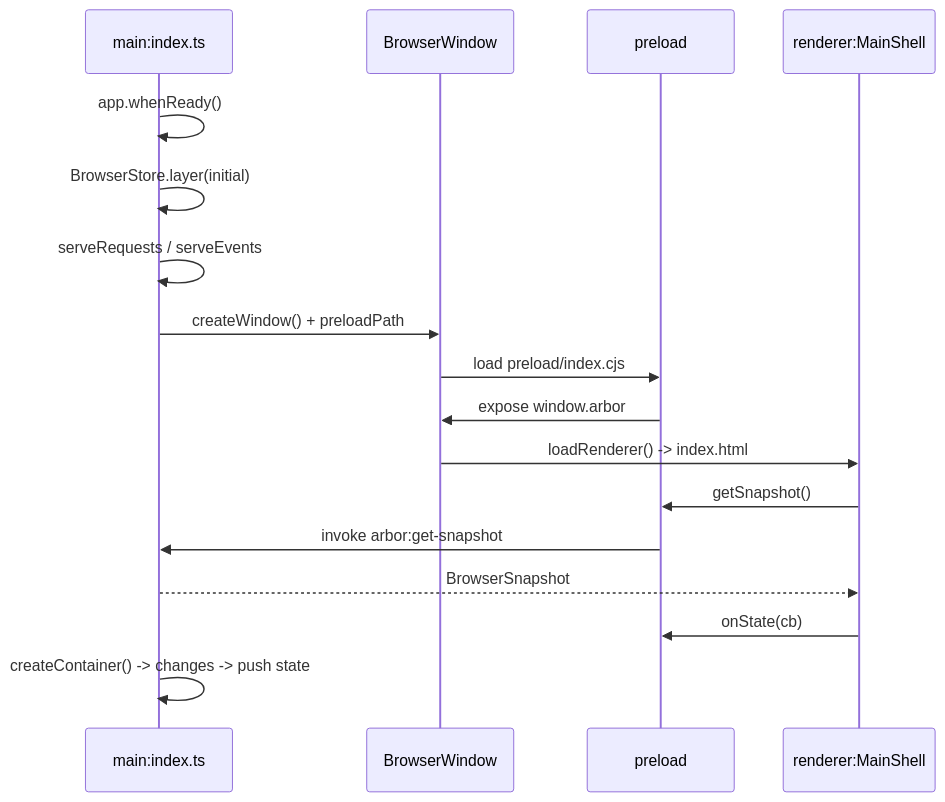
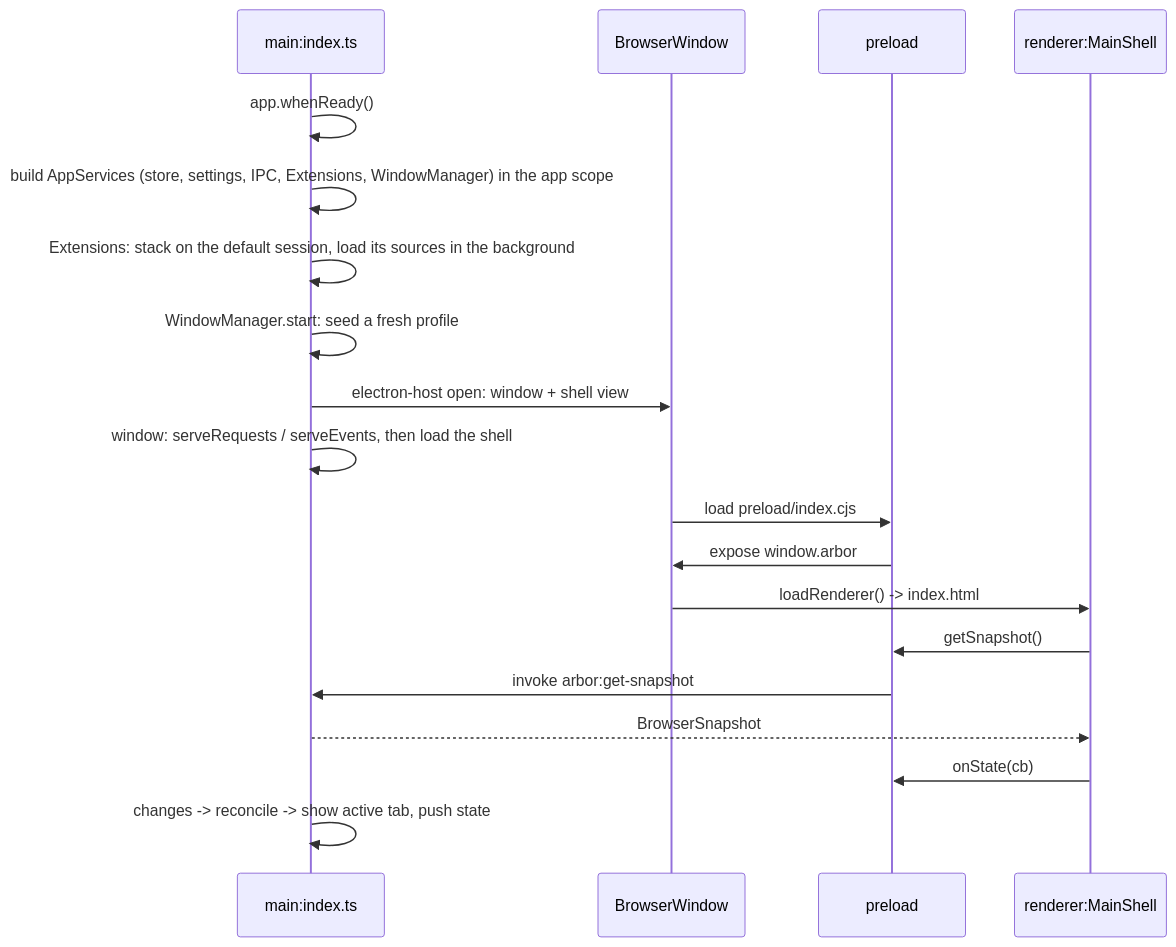
The second of 2 diagrams in docs/architecture/01-processes.md (rom100main/arbor), drawn with Mermaid before and after one commit. The commit also changed other lines of this file and 3 other files, not shown here.

Commit message:
docs(architecture): extension handling use effect, simplify windows handling

````diff
--- a/docs/architecture/01-processes.md
+++ b/docs/architecture/01-processes.md
@@ -115,19 +132,21 @@
 ```mermaid
 sequenceDiagram
     participant M as main:index.ts
     participant W as BrowserWindow
     participant P as preload
     participant R as renderer:MainShell
     M->>M: app.whenReady()
-    M->>M: BrowserStore.layer(initial)
-    M->>M: serveRequests / serveEvents
-    M->>W: createWindow() + preloadPath
+    M->>M: build AppServices (store, settings, IPC, Extensions, WindowManager) in the app scope
+    M->>M: Extensions: stack on the default session, load its sources in the background
+    M->>M: WindowManager.start: seed a fresh profile
+    M->>W: electron-host open: window + shell view
+    M->>M: window: serveRequests / serveEvents, then load the shell
     W->>P: load preload/index.cjs
     P->>W: expose window.arbor
     W->>R: loadRenderer() -> index.html
     R->>P: getSnapshot()
     P->>M: invoke arbor:get-snapshot
     M-->>R: BrowserSnapshot
     R->>P: onState(cb)
-    M->>M: createContainer() -> changes -> push state
+    M->>M: changes -> reconcile -> show active tab, push state
 ```
````
